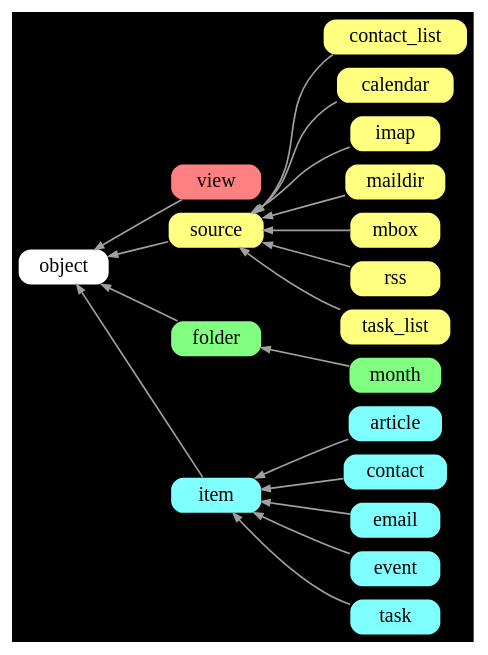
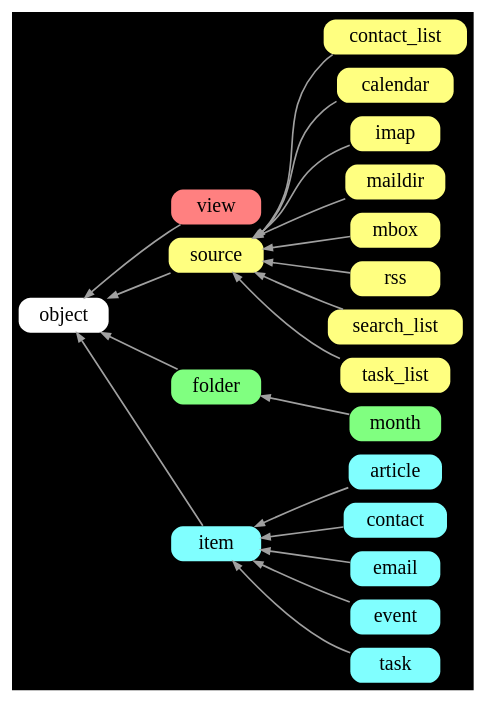
The diagram in inherit.gv (neomutt/test-arch), drawn with Graphviz before and after one commit. The commit also changed 4 other files, not shown here.

Commit message:
search_list

```diff
--- a/inherit.gv
+++ b/inherit.gv
@@ -1,68 +1,70 @@
 digraph inherit {
 	graph [
 		rankdir="RL"
 		bgcolor="black"
 		color="white"
 		nodesep="0.1"
 		ranksep="0.5"
 	];
 
 	node [
 		shape="Mrecord"
 		fontsize="12"
 		style="filled"
 		height="0.2"
 		penwidth="0.0"
 	];
 
 	edge [
 		penwidth="1.0"
 		color="#A0A0A0"
 		arrowsize="0.5"
 	];
 
 
 	object       [ fillcolor="#ffffff" ];
 
 	view         [ fillcolor="#ff8080" ];
 
 	source       [ fillcolor="#ffff80" ];
 	contact_list [ fillcolor="#ffff80" ];
 	calendar     [ fillcolor="#ffff80" ];
 	imap         [ fillcolor="#ffff80" ];
 	maildir      [ fillcolor="#ffff80" ];
 	mbox         [ fillcolor="#ffff80" ];
 	rss          [ fillcolor="#ffff80" ];
+	search_list  [ fillcolor="#ffff80" ];
 	task_list    [ fillcolor="#ffff80" ];
 
 	folder       [ fillcolor="#80ff80" ];
 	month        [ fillcolor="#80ff80" ];
 
 	item         [ fillcolor="#80ffff" ];
 	article      [ fillcolor="#80ffff" ];
 	contact      [ fillcolor="#80ffff" ];
 	email        [ fillcolor="#80ffff" ];
 	event        [ fillcolor="#80ffff" ];
 	task         [ fillcolor="#80ffff" ];
 
 	view         -> object;
 	source       -> object;
 	folder       -> object;
 	item         -> object;
 
 	month        -> folder;
 
 	contact_list -> source;
 	calendar     -> source;
 	imap         -> source;
 	maildir      -> source;
 	mbox         -> source;
 	rss          -> source;
+	search_list  -> source;
 	task_list    -> source;
 
 	article      -> item;
 	contact      -> item;
 	email        -> item;
 	event        -> item;
 	task         -> item;
 }
```
